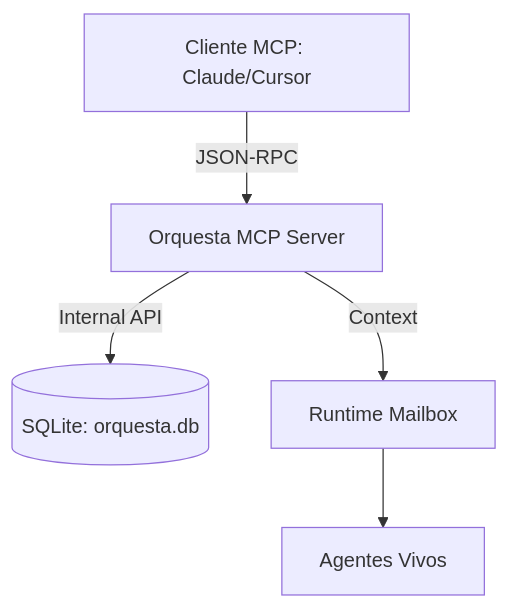
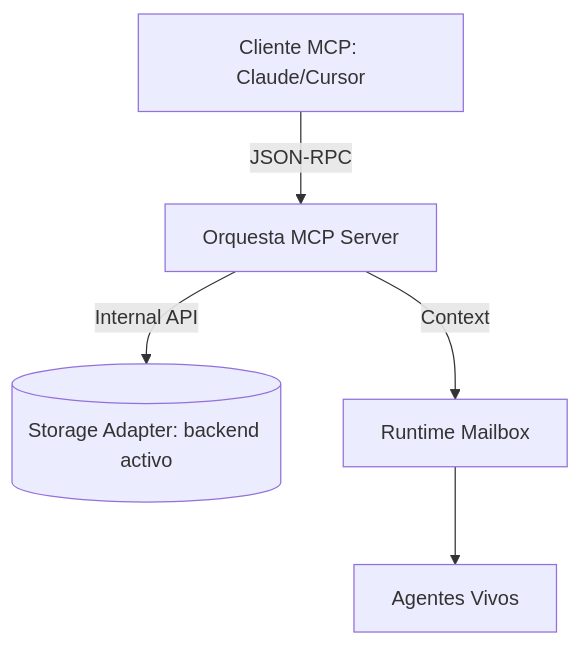
The diagram in docs/op_088_orquesta_mcp_server.md (aavidad/orquestaV2), drawn with Mermaid before and after one commit. The commit also changed 173 other files, not shown here.

````diff
--- a/docs/op_088_orquesta_mcp_server.md
+++ b/docs/op_088_orquesta_mcp_server.md
@@ -22,7 +22,7 @@
 ```mermaid
 graph TD
     Client[Cliente MCP: Claude/Cursor] -->|JSON-RPC| Server[Orquesta MCP Server]
-    Server -->|Internal API| DB[(SQLite: orquesta.db)]
+    Server -->|Internal API| DB[(Storage Adapter: backend activo)]
     Server -->|Context| MB[Runtime Mailbox]
     MB --> Agentes[Agentes Vivos]
 ```
````
